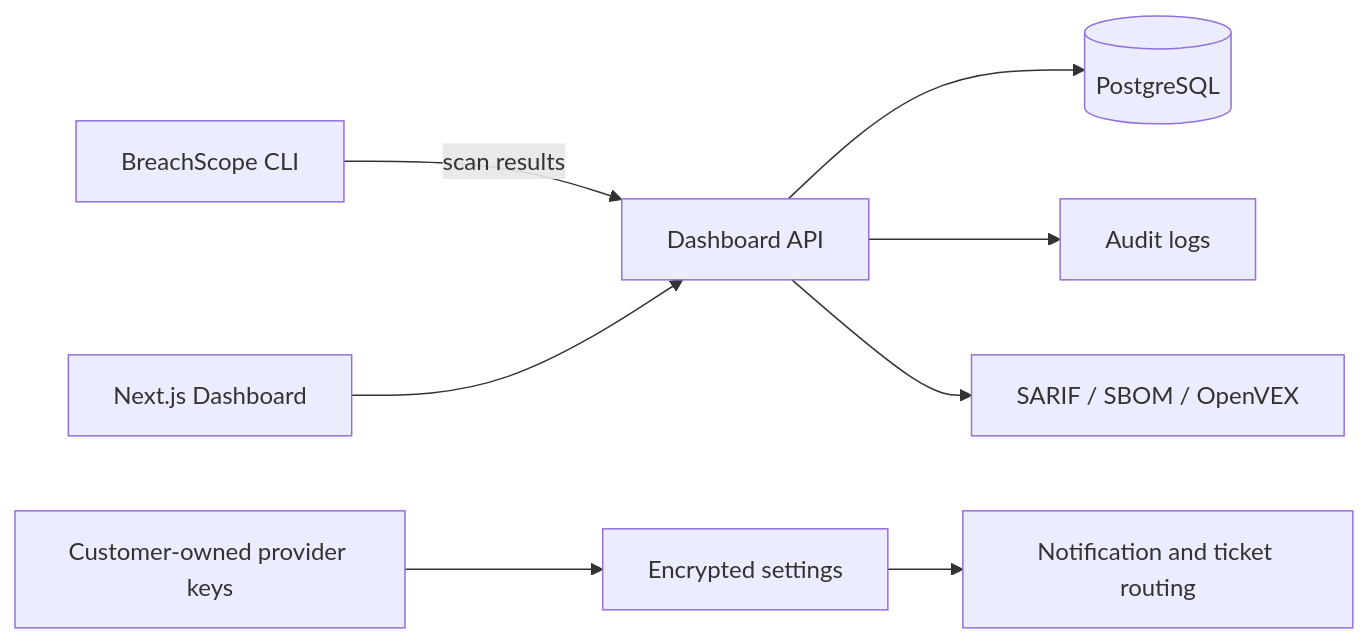
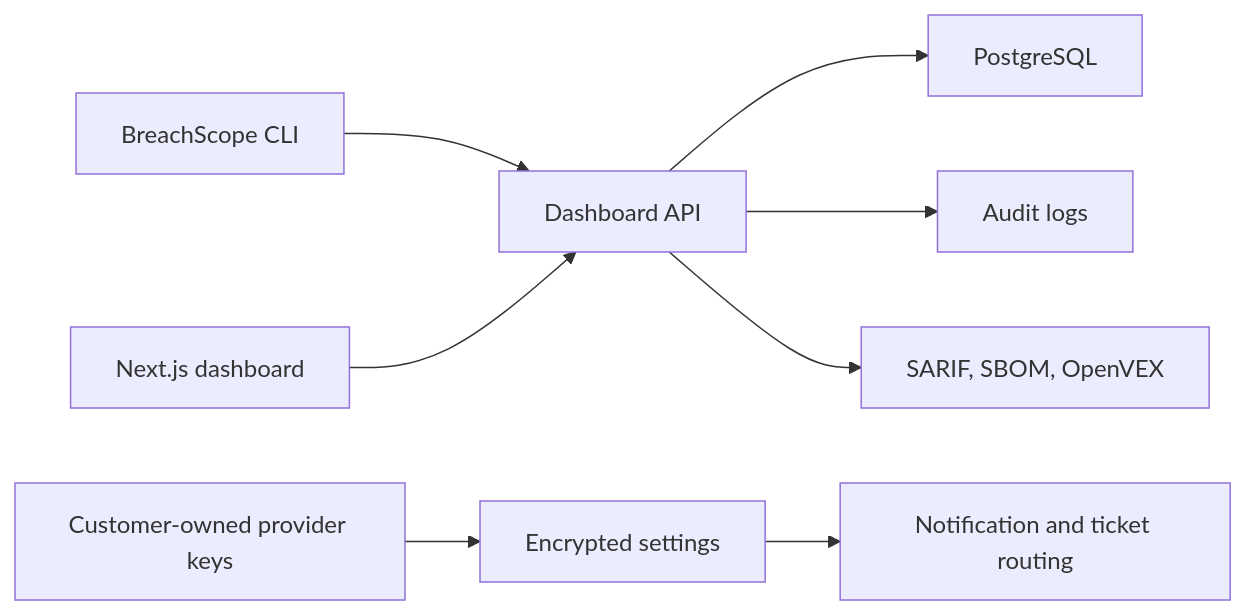
One commit to Afnanksalal/BreachScope changed the diagram in README.md. Above: the diagram before and after it, drawn with Mermaid. The commit also changed other lines of this file and 20 other files, not shown here.

````diff
--- a/README.md
+++ b/README.md
@@ -148,10 +148,10 @@
 ```mermaid
 flowchart LR
-  CLI[BreachScope CLI] -->|scan results| API[Dashboard API]
-  API --> DB[(PostgreSQL)]
-  UI[Next.js Dashboard] --> API
-  API --> Audit[Audit logs]
-  API --> Evidence[SARIF / SBOM / OpenVEX]
-  UserKeys[Customer-owned provider keys] --> Settings[Encrypted settings]
-  Settings --> Routing[Notification and ticket routing]
+  CLI["BreachScope CLI"] --> API["Dashboard API"]
+  UI["Next.js dashboard"] --> API
+  API --> DB["PostgreSQL"]
+  API --> Audit["Audit logs"]
+  API --> Evidence["SARIF, SBOM, OpenVEX"]
+  UserKeys["Customer-owned provider keys"] --> Settings["Encrypted settings"]
+  Settings --> Routing["Notification and ticket routing"]
 ```
````
